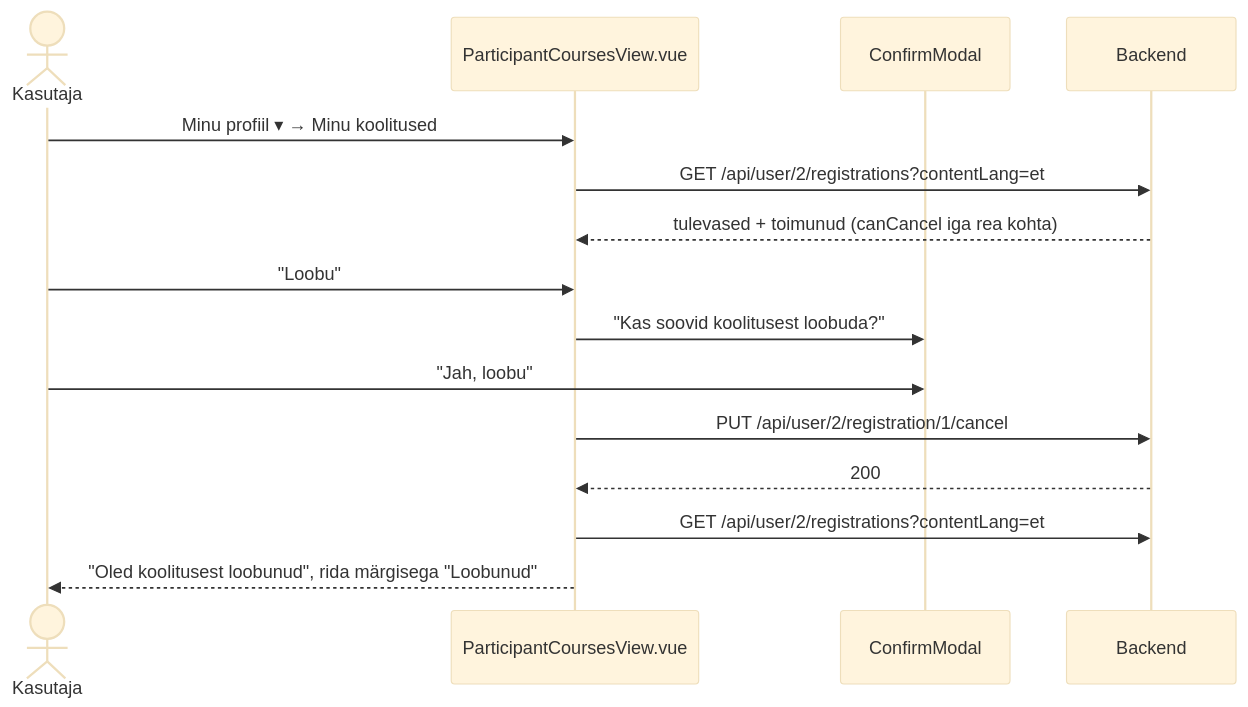
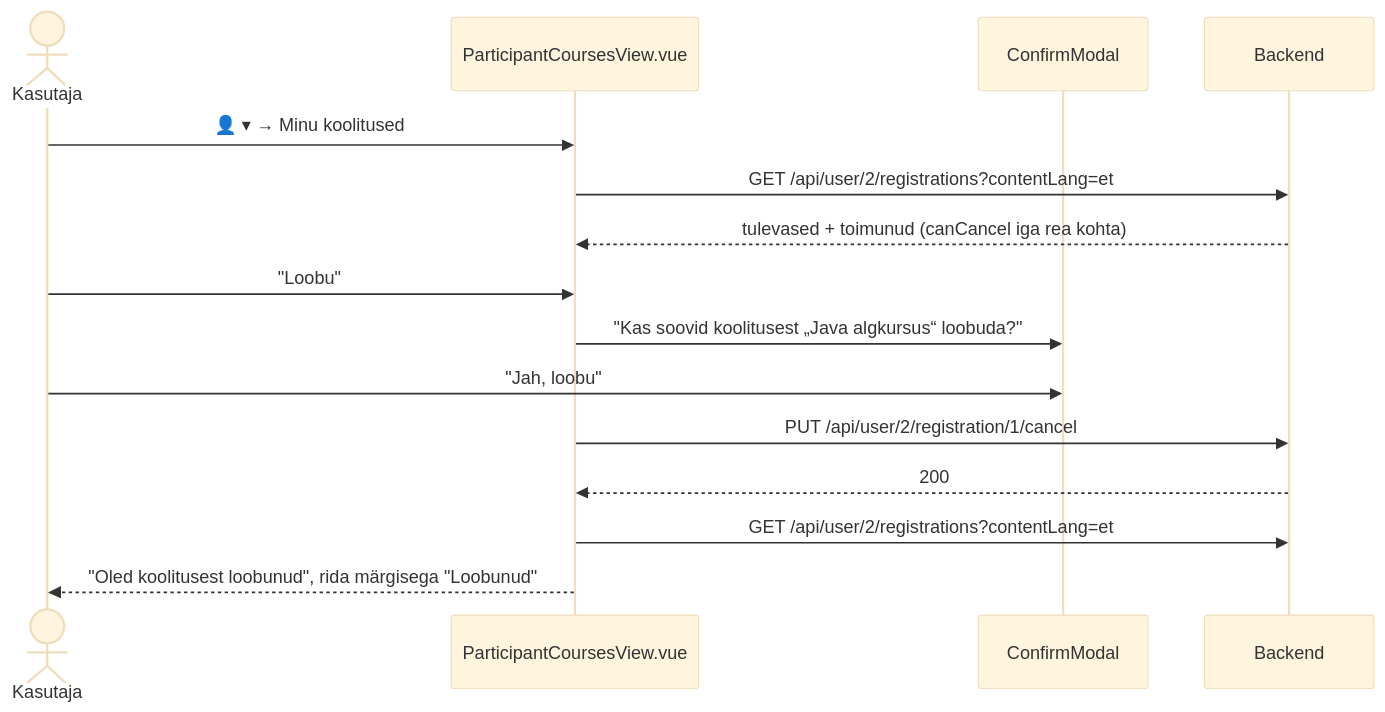
One commit to FredLehing/bcs-koolitused changed the third of 5 diagrams in docs/mock-wireframe/loo-mock-vaade/profile-view/profile-view-skeemid.md. Above: the diagram before and after it, drawn with Mermaid (base theme). The commit also changed other lines of this file and 30 other files, not shown here.

````diff
--- a/docs/mock-wireframe/loo-mock-vaade/profile-view/profile-view-skeemid.md
+++ b/docs/mock-wireframe/loo-mock-vaade/profile-view/profile-view-skeemid.md
@@ -138,18 +141,18 @@
 ```mermaid
 sequenceDiagram
     actor U as Kasutaja
     participant V as ParticipantCoursesView.vue
     participant M as ConfirmModal
     participant BE as Backend
 
-    U->>V: Minu profiil ▾ → Minu koolitused
+    U->>V: 👤 ▾ → Minu koolitused
     V->>BE: GET /api/user/2/registrations?contentLang=et
     BE-->>V: tulevased + toimunud (canCancel iga rea kohta)
     U->>V: "Loobu"
-    V->>M: "Kas soovid koolitusest loobuda?"
+    V->>M: "Kas soovid koolitusest „Java algkursus“ loobuda?"
     U->>M: "Jah, loobu"
     V->>BE: PUT /api/user/2/registration/1/cancel
     BE-->>V: 200
     V->>BE: GET /api/user/2/registrations?contentLang=et
     V-->>U: "Oled koolitusest loobunud", rida märgisega "Loobunud"
 ```
````
